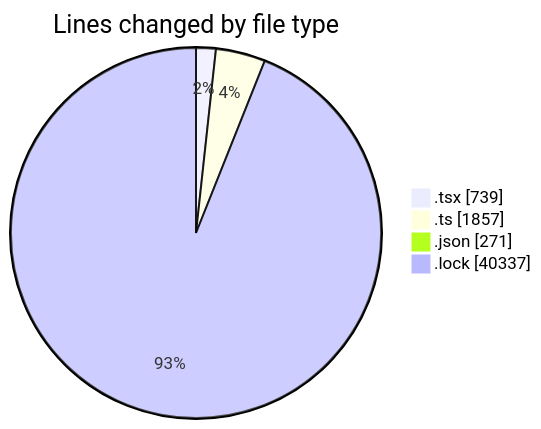
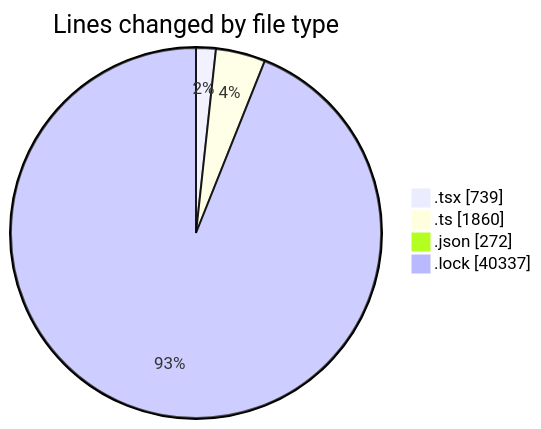
Before and after one commit to momahboobian/code-tracking: the first of 2 diagrams in 2026-03-27/cda/README.md, drawn with Mermaid. The commit also changed other lines of this file and 1 other file, not shown here.

````diff
--- a/2026-03-27/cda/README.md
+++ b/2026-03-27/cda/README.md
@@ -37,8 +37,8 @@
 ```mermaid
 pie showData
 title Lines changed by file type
 ".tsx" : 739
-".ts" : 1857
-".json" : 271
+".ts" : 1860
+".json" : 272
 ".lock" : 40337
 ```
````
